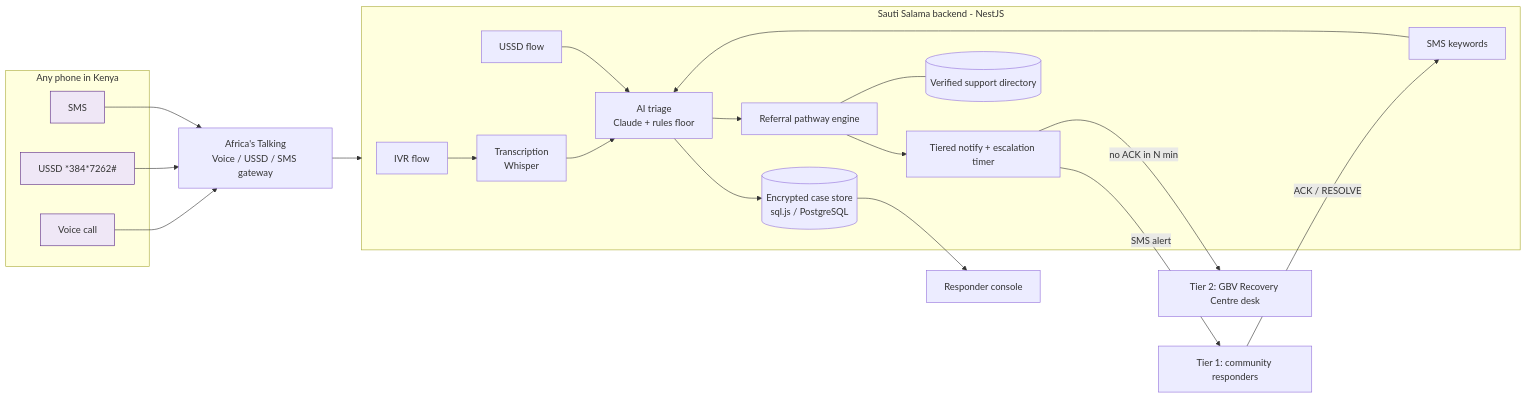
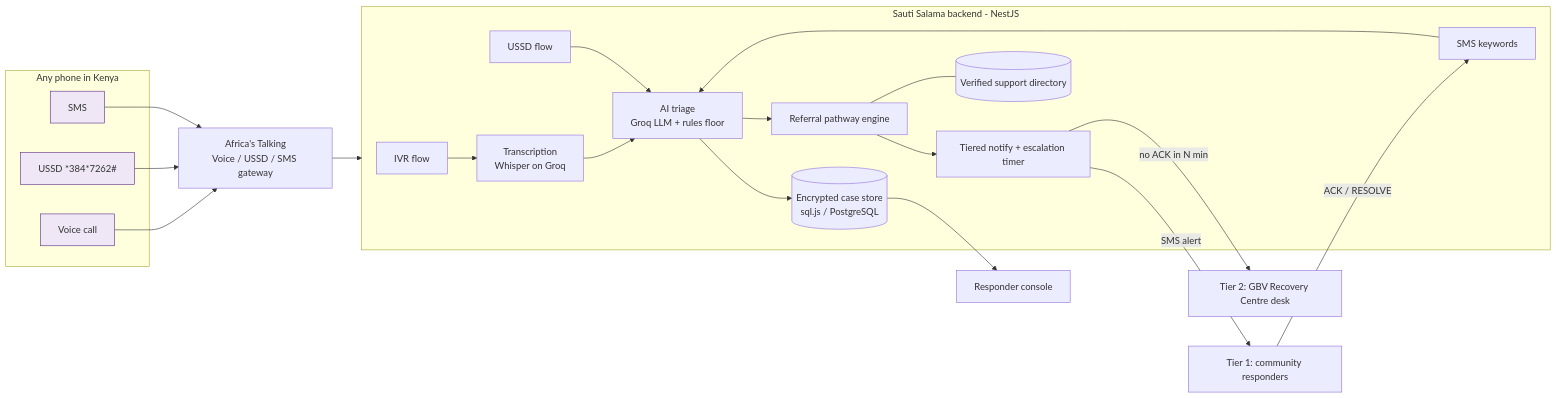
One commit to swiftkimani/sauti-salama changed the diagram in README.md. Above: the diagram before and after it, drawn with Mermaid. The commit also changed other lines of this file and 25 other files, not shown here.

First line of the commit message:
Groq AI, per-number rate limiting, explainable triage and time-to-accept

````diff
--- a/README.md
+++ b/README.md
@@ -80,34 +81,34 @@
 ```mermaid
 flowchart LR
   subgraph phones[Any phone in Kenya]
     V[Voice call]:::ch
     U[USSD *384*7262#]:::ch
     S[SMS]:::ch
   end
   AT[Africa's Talking<br/>Voice / USSD / SMS gateway]
   V --> AT --> API
   U --> AT
   S --> AT
   subgraph API[Sauti Salama backend - NestJS]
     IVR[IVR flow]
     USSD[USSD flow]
     SMSin[SMS keywords]
-    TR[Transcription<br/>Whisper]
-    AI[AI triage<br/>Claude + rules floor]
+    TR[Transcription<br/>Whisper on Groq]
+    AI[AI triage<br/>Groq LLM + rules floor]
     RP[Referral pathway engine]
     NT[Tiered notify + escalation timer]
     DB[(Encrypted case store<br/>sql.js / PostgreSQL)]
     DIR[(Verified support directory)]
   end
   IVR --> TR --> AI
   USSD --> AI
   SMSin --> AI
   AI --> RP --> NT
   RP --- DIR
   AI --> DB
   NT -->|SMS alert| T1[Tier 1: community responders]
   NT -->|no ACK in N min| T2[Tier 2: GBV Recovery Centre desk]
   T1 -->|ACK / RESOLVE| SMSin
   DB --> C[Responder console]
   classDef ch fill:#EFE7F6,stroke:#5B2A86;
 ```
````
